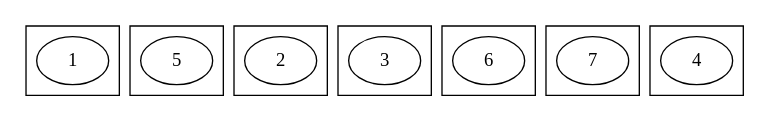
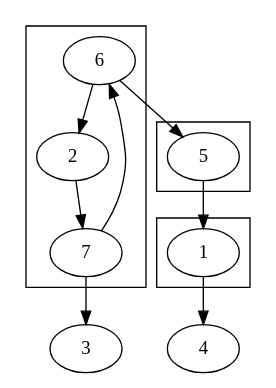
Before and after one commit to mgiacomini/grafos-componentes-fortes: the diagram in resultado.dot, drawn with Graphviz. The commit also changed 4 other files, not shown here.

```diff
--- a/resultado.dot
+++ b/resultado.dot
@@ -1,23 +1,22 @@
 strict digraph resultado_exemplo {
+  5 -> 1;
+  6 -> 2;
+  7 -> 3;
+  1 -> 4;
+  6 -> 5;
+  7 -> 6;
+  2 -> 7;
   subgraph cluster1 {
     1;
   }
   subgraph cluster2 {
     5;
   }
   subgraph cluster3 {
+    6;
     2;
-  }
-  subgraph cluster4 {
-    3;
-  }
-  subgraph cluster5 {
+    7;
+    7;
     6;
   }
-  subgraph cluster6 {
-    7;
-  }
-  subgraph cluster7 {
-    4;
-  }
 }
```
